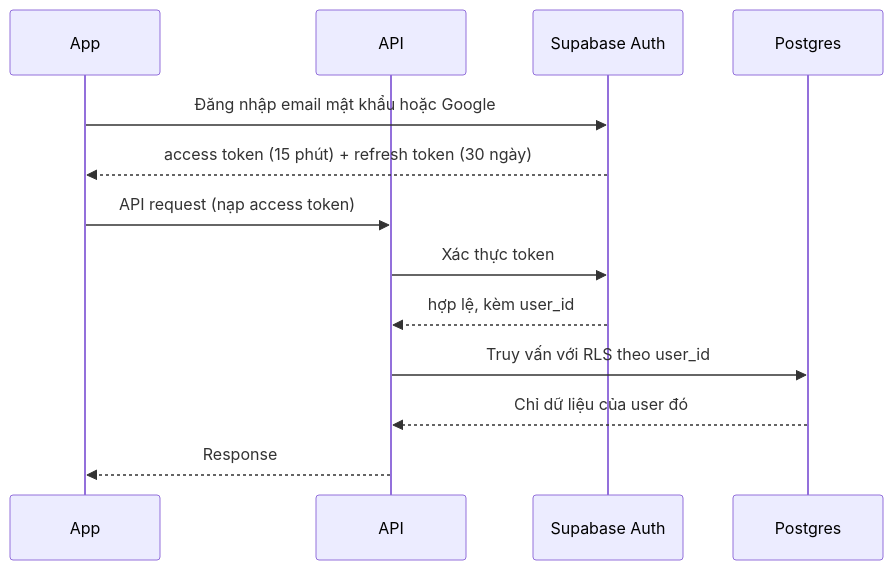
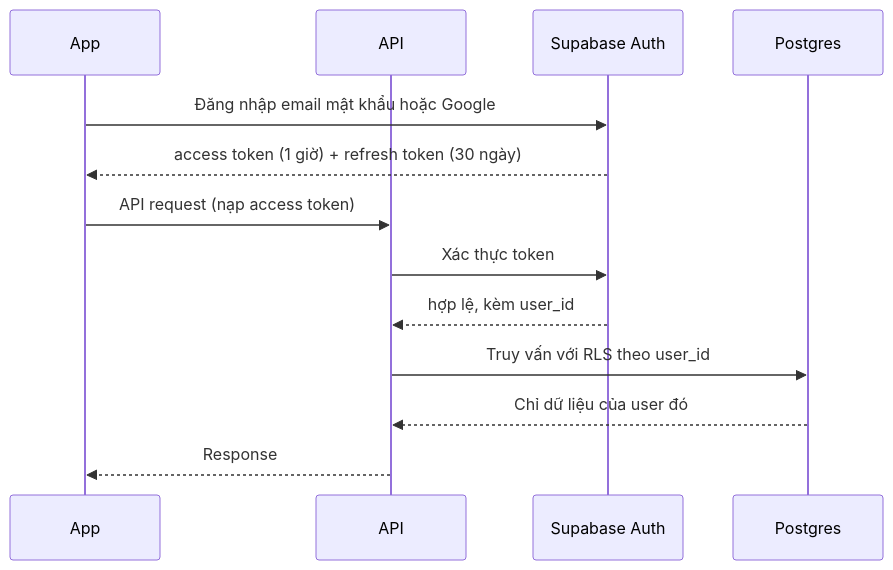
Before and after one commit to ThanhBinhITDev/quan-ly-chi-tieu-va-thu-nhap-ca-nhan: the tenth of 10 diagrams in docs/system-design/00-architecture.md, drawn with Mermaid. The commit also changed other lines of this file and 29 other files, not shown here.

Commit message:
Đồng bộ schema Supabase, tài liệu và xuất logo thương hiệu

````diff
--- a/docs/system-design/00-architecture.md
+++ b/docs/system-design/00-architecture.md
@@ -555,16 +556,16 @@
 ```mermaid
 sequenceDiagram
     participant C as App
     participant A as API
     participant AUTH as Supabase Auth
     participant P as Postgres
 
     C->>AUTH: Đăng nhập email mật khẩu hoặc Google
-    AUTH-->>C: access token (15 phút) + refresh token (30 ngày)
+    AUTH-->>C: access token (1 giờ) + refresh token (30 ngày)
     C->>A: API request (nạp access token)
     A->>AUTH: Xác thực token
     AUTH-->>A: hợp lệ, kèm user_id
     A->>P: Truy vấn với RLS theo user_id
     P-->>A: Chỉ dữ liệu của user đó
     A-->>C: Response
 ```
````
